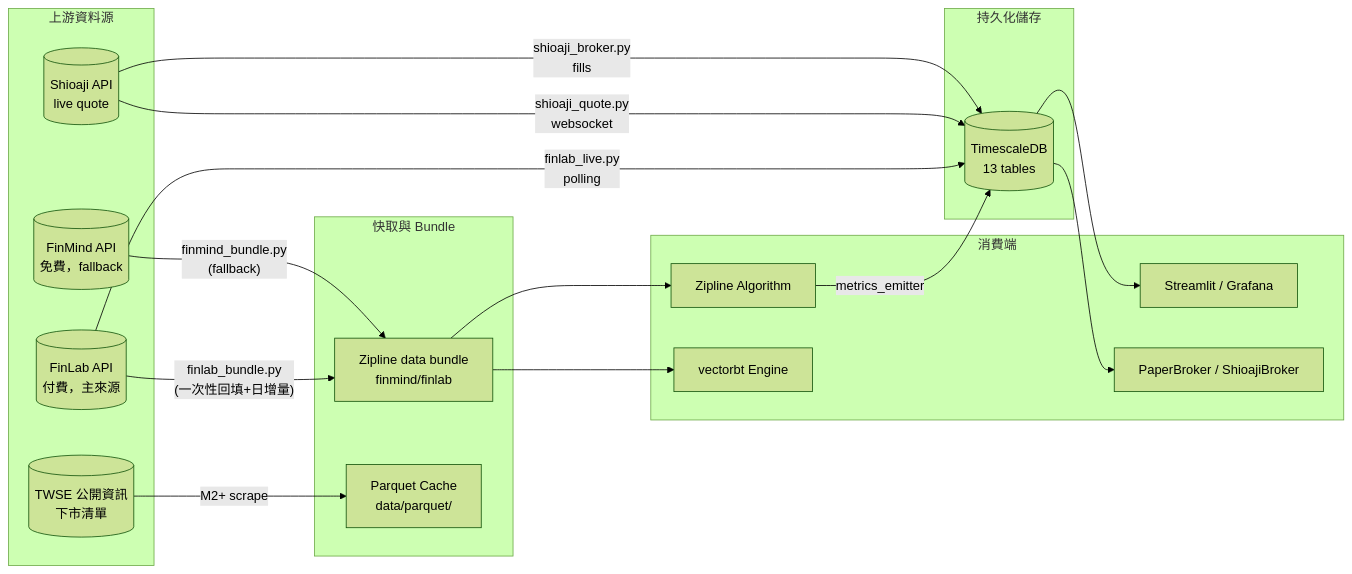
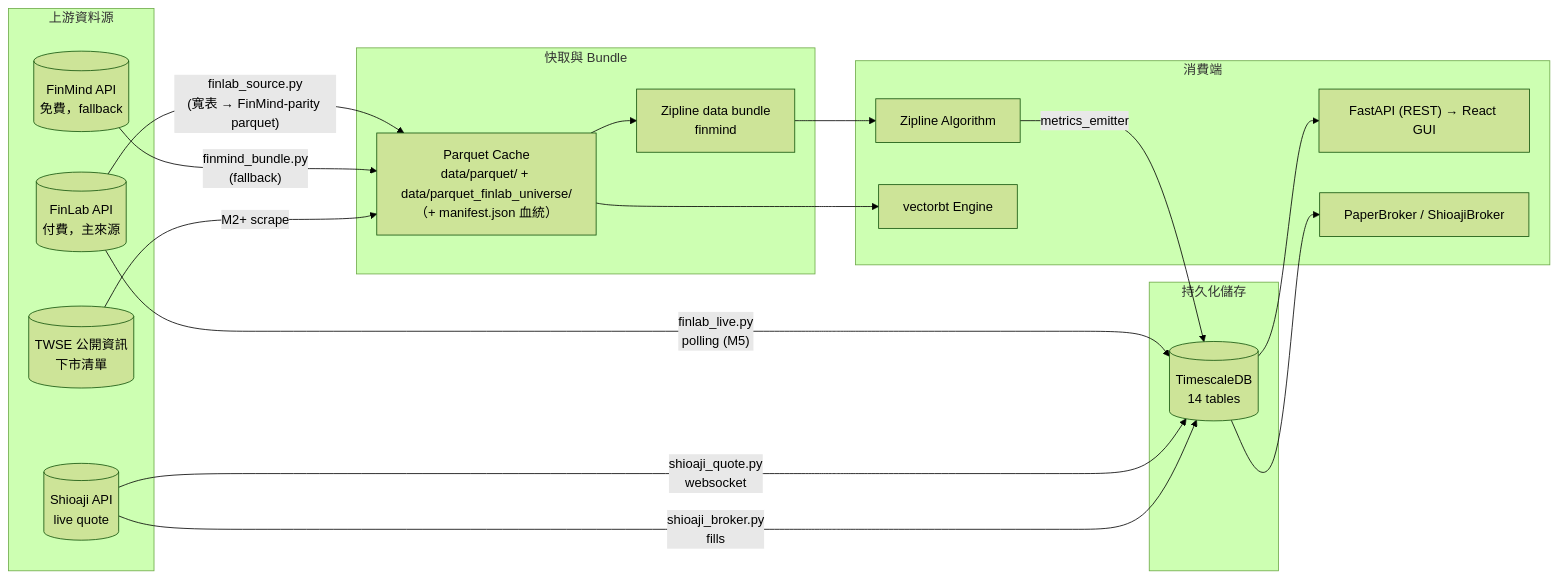
The diagram in dev_docs/21_data_contract.md (Zenobia000/Quantitative_Trading), drawn with Mermaid (forest theme) before and after one commit. The commit also changed other lines of this file and 51 other files, not shown here.

````diff
--- a/dev_docs/21_data_contract.md
+++ b/dev_docs/21_data_contract.md
@@ -15,37 +15,38 @@
 ```mermaid
 flowchart LR
     subgraph upstream["上游資料源"]
         finlab[("FinLab API<br/>付費，主來源")]
         finmind[("FinMind API<br/>免費，fallback")]
         shioaji[("Shioaji API<br/>live quote")]
         twse[("TWSE 公開資訊<br/>下市清單")]
     end
 
     subgraph cache["快取與 Bundle"]
-        bundle["Zipline data bundle<br/>finmind/finlab"]
-        parquet["Parquet Cache<br/>data/parquet/"]
+        parquet["Parquet Cache<br/>data/parquet/ + data/parquet_finlab_universe/<br/>（+ manifest.json 血統）"]
+        bundle["Zipline data bundle<br/>finmind"]
     end
 
     subgraph storage["持久化儲存"]
-        tsdb[("TimescaleDB<br/>13 tables")]
+        tsdb[("TimescaleDB<br/>14 tables")]
     end
 
     subgraph consumer["消費端"]
         zipline["Zipline Algorithm"]
         vbt["vectorbt Engine"]
-        ui["Streamlit / Grafana"]
+        api["FastAPI (REST) → React GUI"]
         broker["PaperBroker / ShioajiBroker"]
     end
 
-    finlab -->|"finlab_bundle.py<br/>(一次性回填+日增量)"| bundle
-    finmind -->|"finmind_bundle.py<br/>(fallback)"| bundle
+    finlab -->|"finlab_source.py<br/>(寬表 → FinMind-parity parquet)"| parquet
+    finmind -->|"finmind_bundle.py<br/>(fallback)"| parquet
+    parquet --> bundle
     bundle --> zipline
-    bundle --> vbt
-    finlab -->|"finlab_live.py<br/>polling"| tsdb
+    parquet --> vbt
+    finlab -->|"finlab_live.py<br/>polling (M5)"| tsdb
     shioaji -->|"shioaji_quote.py<br/>websocket"| tsdb
     shioaji -->|"shioaji_broker.py<br/>fills"| tsdb
     twse -->|"M2+ scrape"| parquet
-    tsdb --> ui
+    tsdb --> api
     tsdb --> broker
     zipline -->|"metrics_emitter"| tsdb
 ```
````
